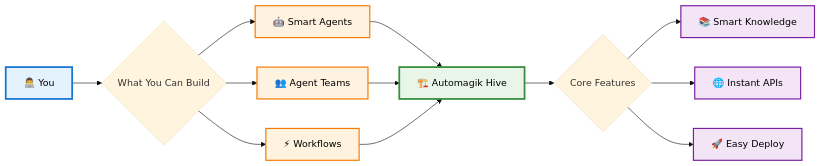
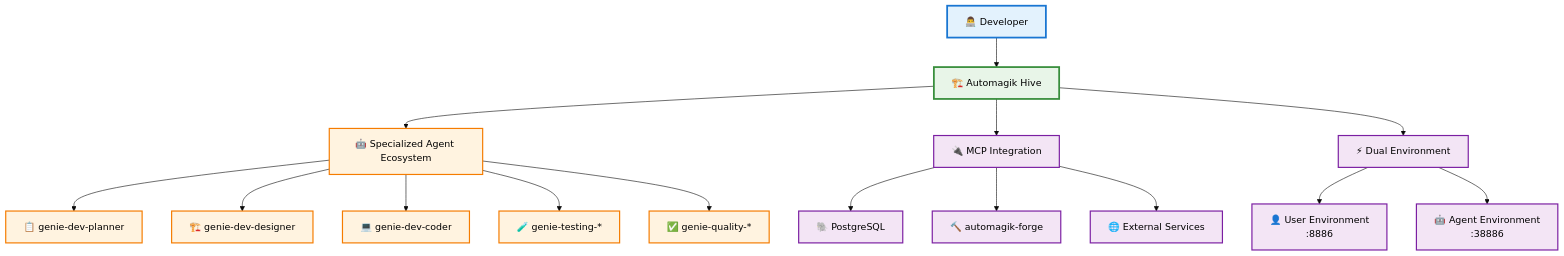
One commit to namastexlabs/automagik-hive changed the diagram in README.md. Above: the diagram before and after it, drawn with Mermaid (base theme). The commit also changed other lines of this file and 3 other files, not shown here.

````diff
--- a/README.md
+++ b/README.md
@@ -27,27 +32,31 @@
 ```mermaid
-graph LR
-    You[👨‍💻 You] --> Build{What You Can Build}
+graph TD
+    Dev[👨‍💻 Developer] --> Hive[🏗️ Automagik Hive]
     
-    Build --> Agent[🤖 Smart Agents]
-    Build --> Team[👥 Agent Teams]
-    Build --> Workflow[⚡ Workflows]
+    Hive --> AgentEco[🤖 Specialized Agent Ecosystem]
+    Hive --> MCP[🔌 MCP Integration]
+    Hive --> DualEnv[⚡ Dual Environment]
     
-    Agent --> Framework[🏗️ Automagik Hive]
-    Team --> Framework
-    Workflow --> Framework
+    AgentEco --> Planning[📋 genie-dev-planner]
+    AgentEco --> Design[🏗️ genie-dev-designer]  
+    AgentEco --> Coding[💻 genie-dev-coder]
+    AgentEco --> Testing[🧪 genie-testing-*]
+    AgentEco --> Quality[✅ genie-quality-*]
     
-    Framework --> Features{Core Features}
-    Features --> Knowledge[📚 Smart Knowledge]
-    Features --> API[🌐 Instant APIs]
-    Features --> Deploy[🚀 Easy Deploy]
+    MCP --> Postgres[🐘 PostgreSQL]
+    MCP --> Forge[🔨 automagik-forge]
+    MCP --> External[🌐 External Services]
     
-    classDef you fill:#e3f2fd,stroke:#1976d2,stroke-width:3px,color:#000000
-    classDef build fill:#fff3e0,stroke:#f57c00,stroke-width:2px,color:#000000
-    classDef framework fill:#e8f5e8,stroke:#388e3c,stroke-width:3px,color:#000000
-    classDef features fill:#f3e5f5,stroke:#7b1fa2,stroke-width:2px,color:#000000
+    DualEnv --> UserEnv[👤 User Environment<br/>:8886]
+    DualEnv --> AgentEnv[🤖 Agent Environment<br/>:38886]
     
-    class You you
-    class Agent,Team,Workflow build
-    class Framework framework
-    class Knowledge,API,Deploy features
+    classDef dev fill:#e3f2fd,stroke:#1976d2,stroke-width:3px,color:#000000
+    classDef hive fill:#e8f5e8,stroke:#388e3c,stroke-width:3px,color:#000000
+    classDef agents fill:#fff3e0,stroke:#f57c00,stroke-width:2px,color:#000000
+    classDef mcp fill:#f3e5f5,stroke:#7b1fa2,stroke-width:2px,color:#000000
+    
+    class Dev dev
+    class Hive hive
+    class AgentEco,Planning,Design,Coding,Testing,Quality agents
+    class MCP,Postgres,Forge,External,DualEnv,UserEnv,AgentEnv mcp
 ```
````
